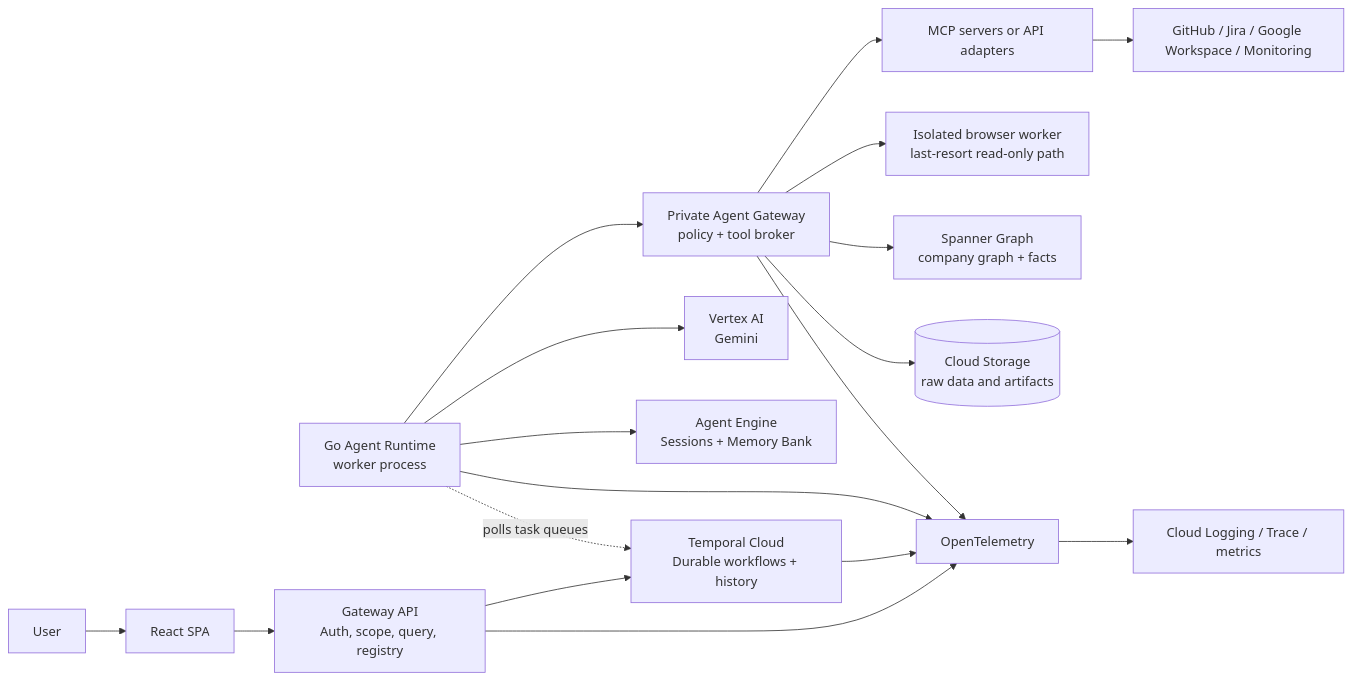
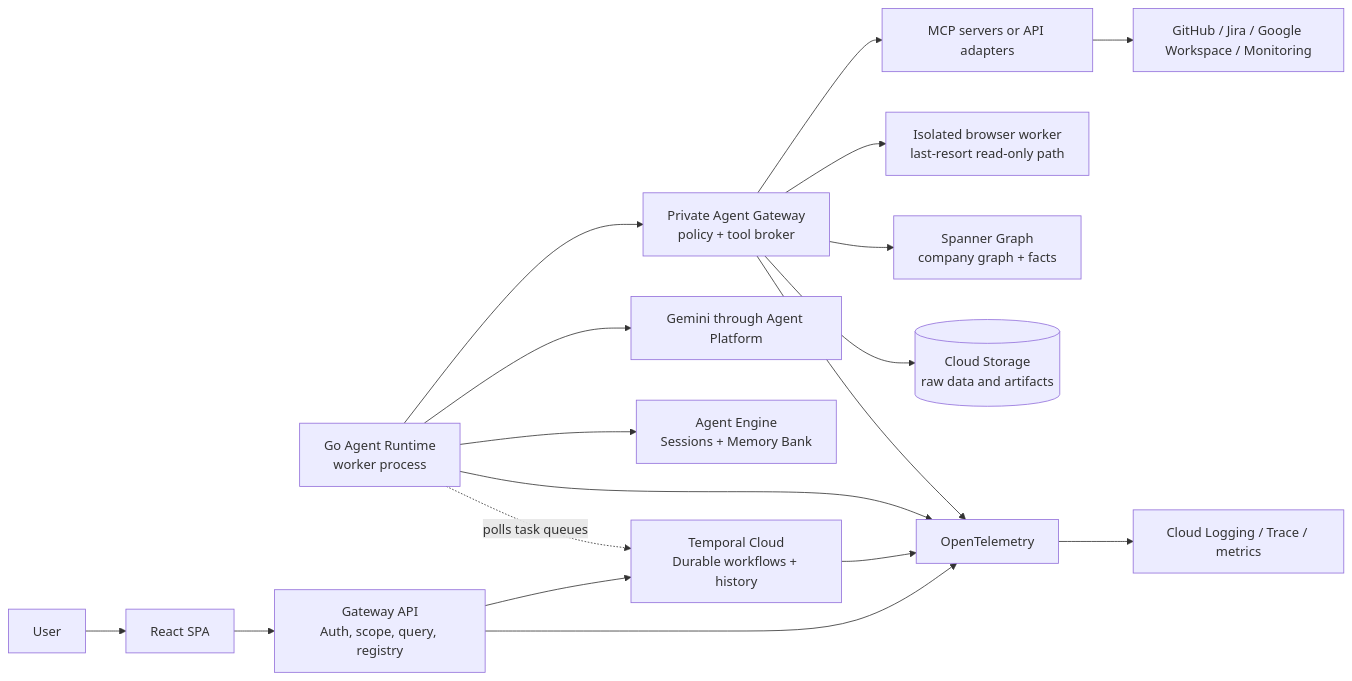
One commit to andriishupta/encois changed the first of 2 diagrams in docs/architecture.md. Above: the diagram before and after it, drawn with Mermaid. The commit also changed other lines of this file and 48 other files, not shown here.

````diff
--- a/docs/architecture.md
+++ b/docs/architecture.md
@@ -64,24 +64,24 @@
 ```mermaid
 flowchart LR
     User[User] --> Web[React SPA]
     Web --> API[Gateway API\nAuth, scope, query, registry]
 
     API --> Temporal[Temporal Cloud\nDurable workflows + history]
     Runtime[Go Agent Runtime\nworker process] -. polls task queues .-> Temporal
 
-    Runtime --> Gemini[Vertex AI\nGemini]
+    Runtime --> Gemini[Gemini through Agent Platform]
     Runtime --> Memory[Agent Engine\nSessions + Memory Bank]
     Runtime --> ToolGateway[Private Agent Gateway\npolicy + tool broker]
     ToolGateway --> MCP[MCP servers or API adapters]
     MCP --> Sources[GitHub / Jira / Google Workspace / Monitoring]
     ToolGateway --> Browser[Isolated browser worker\nlast-resort read-only path]
 
     ToolGateway --> Graph[Spanner Graph\ncompany graph + facts]
     ToolGateway --> Files[(Cloud Storage\nraw data and artifacts)]
 
     API --> Telemetry[OpenTelemetry]
     Temporal --> Telemetry
     Runtime --> Telemetry
     ToolGateway --> Telemetry
     Telemetry --> Ops[Cloud Logging / Trace / metrics]
 ```
````
